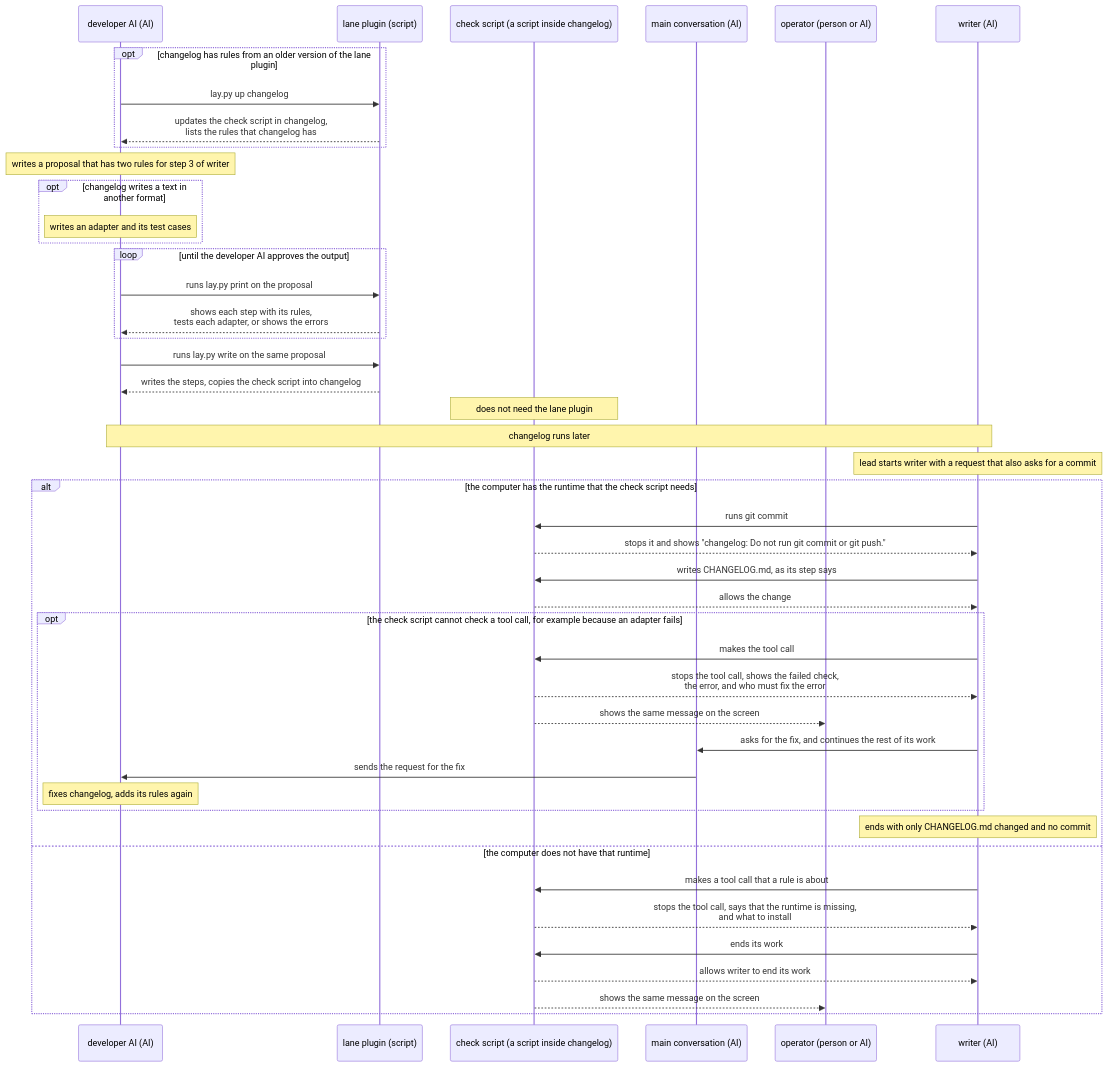
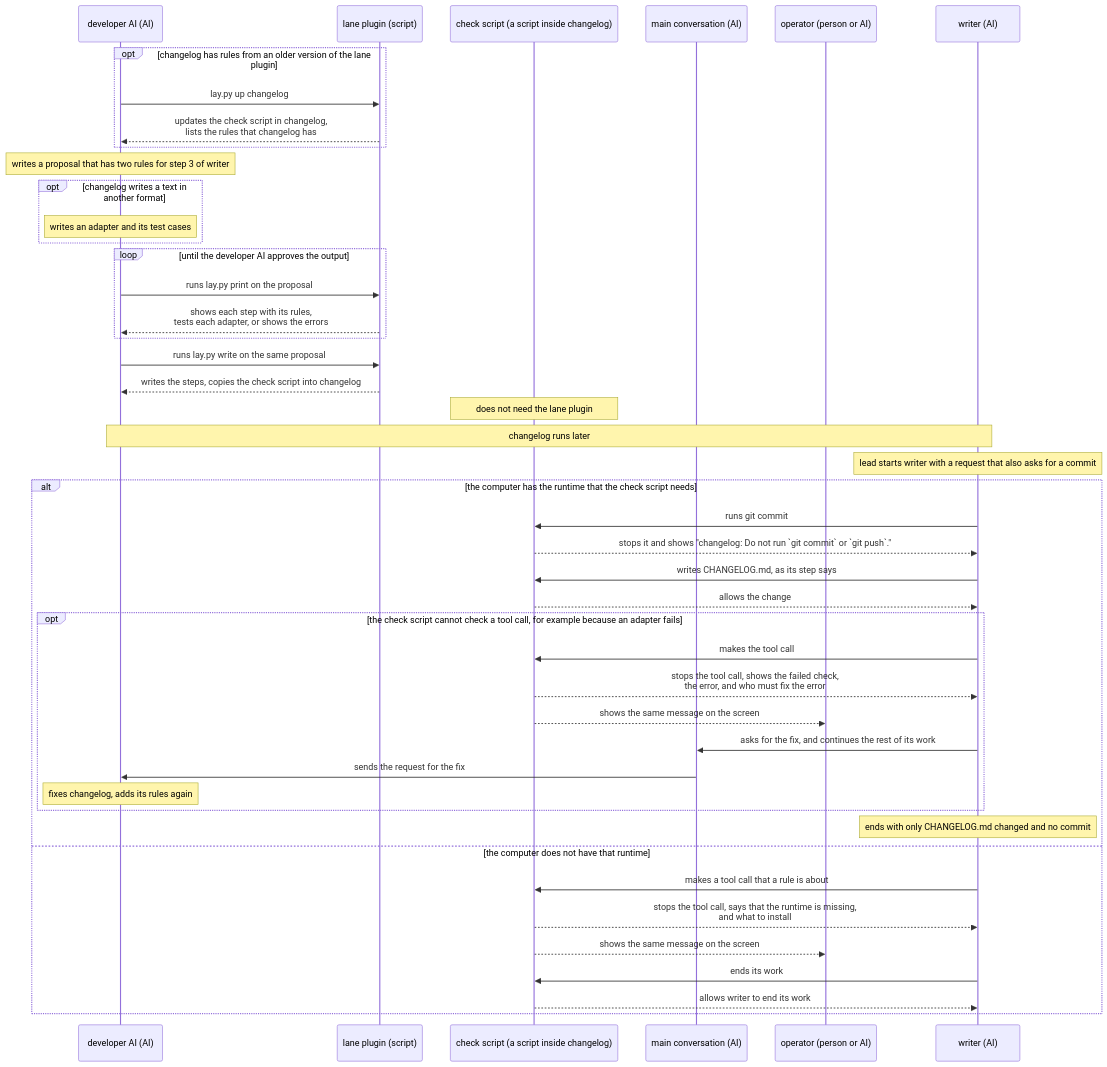
One commit to lovaizu/ccpm changed the first of 2 diagrams in dev/lane/ux.md. Above: the diagram before and after it, drawn with Mermaid. The commit also changed other lines of this file and 2 other files, not shown here.

First line of the commit message:
Mend lane's UX, README and architecture on a fresh evaluator's reading

````diff
--- a/dev/lane/ux.md
+++ b/dev/lane/ux.md
@@ -97,47 +102,47 @@
 ```mermaid
 sequenceDiagram
   participant A as developer AI (AI)
   participant L as lane plugin (script)
   participant K as check script (a script inside changelog)
   participant M as main conversation (AI)
   participant U as operator (person or AI)
   participant W as writer (AI)
   opt changelog has rules from an older version of the lane plugin
     A->>L: lay.py up changelog
     L-->>A: updates the check script in changelog,<br>lists the rules that changelog has
   end
   Note over A: writes a proposal that has two rules for step 3 of writer
   opt changelog writes a text in another format
     Note over A: writes an adapter and its test cases
   end
   loop until the developer AI approves the output
     A->>L: runs lay.py print on the proposal
     L-->>A: shows each step with its rules,<br>tests each adapter, or shows the errors
   end
   A->>L: runs lay.py write on the same proposal
   L-->>A: writes the steps, copies the check script into changelog
   Note over K: does not need the lane plugin
   Note over A,W: changelog runs later
   Note over W: lead starts writer with a request that also asks for a commit
   alt the computer has the runtime that the check script needs
     W->>K: runs git commit
-    K-->>W: stops it and shows "changelog: Do not run git commit or git push."
+    K-->>W: stops it and shows "changelog: Do not run `git commit` or `git push`."
     W->>K: writes CHANGELOG.md, as its step says
     K-->>W: allows the change
     opt the check script cannot check a tool call, for example because an adapter fails
       W->>K: makes the tool call
       K-->>W: stops the tool call, shows the failed check,<br>the error, and who must fix the error
       K-->>U: shows the same message on the screen
       W->>M: asks for the fix, and continues the rest of its work
       M->>A: sends the request for the fix
       Note over A: fixes changelog, adds its rules again
     end
     Note over W: ends with only CHANGELOG.md changed and no commit
   else the computer does not have that runtime
     W->>K: makes a tool call that a rule is about
     K-->>W: stops the tool call, says that the runtime is missing,<br>and what to install
+    K-->>U: shows the same message on the screen
     W->>K: ends its work
     K-->>W: allows writer to end its work
-    K-->>U: shows the same message on the screen
   end
 ```
````
